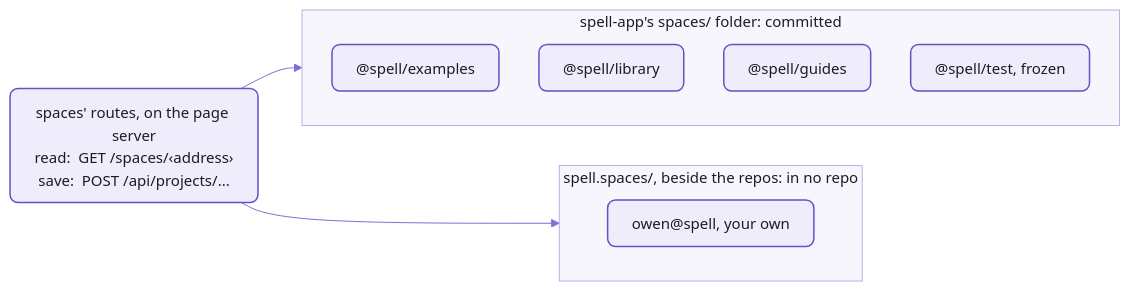
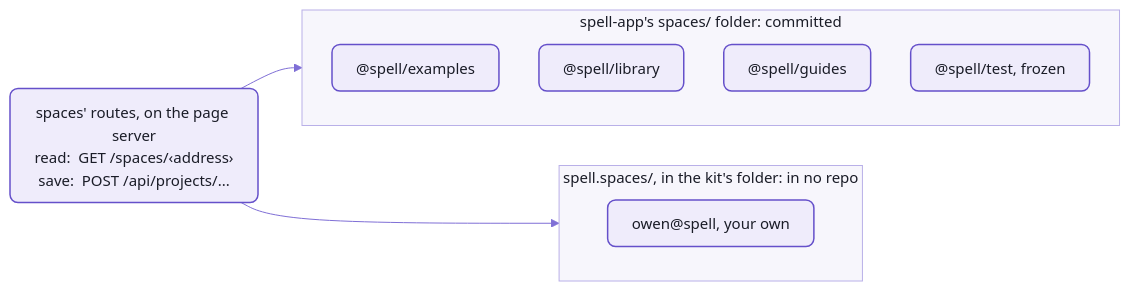
Before and after one commit to spell-app/spell: the first of 2 diagrams in app/README-spaces.md, drawn with Mermaid. The commit also changed other lines of this file and 21 other files, not shown here.

````diff
--- a/app/README-spaces.md
+++ b/app/README-spaces.md
@@ -37,18 +37,18 @@
 ```mermaid
 %%{init: {"theme":"base","themeVariables":{"fontFamily":"-apple-system, BlinkMacSystemFont, Segoe UI, Helvetica, Arial, sans-serif","fontSize":"15px","primaryColor":"#EFECFB","primaryBorderColor":"#6550CA","primaryTextColor":"#1A1C27","secondaryColor":"#F4F1E9","tertiaryColor":"#F7F6FC","lineColor":"#7F6FD6","textColor":"#7F6FD6","clusterBkg":"#F7F6FC","clusterBorder":"#B9B0E8","titleColor":"#1A1C27","edgeLabelBackground":"#F7F6FC","actorBkg":"#EFECFB","actorBorder":"#6550CA","actorTextColor":"#1A1C27","actorLineColor":"#9C90DE","signalColor":"#7F6FD6","signalTextColor":"#7F6FD6","labelBoxBkgColor":"#EFECFB","labelBoxBorderColor":"#6550CA","labelTextColor":"#1A1C27","loopTextColor":"#7F6FD6","noteBkgColor":"#F1E7D4","noteBorderColor":"#C9B48A","noteTextColor":"#1A1C27","activationBkgColor":"#DCD6F7","activationBorderColor":"#6550CA","sequenceNumberColor":"#FFFFFF"},"flowchart":{"curve":"basis","padding":12,"nodeSpacing":40,"rankSpacing":44}}}%%
 flowchart LR
   server["spaces' routes, on the page server<br/>read:  GET /spaces/‹address›<br/>save:  POST /api/projects/..."]
   subgraph app["spell-app's spaces/ folder:  committed"]
     examples["@spell/examples"]
     library["@spell/library"]
     guides["@spell/guides"]
     tests["@spell/test, frozen"]
   end
-  subgraph yours["spell.spaces/, beside the repos:  in no repo"]
+  subgraph yours["spell.spaces/, in the kit's folder:  in no repo"]
     own["owen@spell, your own"]
   end
   server --> app
   server --> yours
   %% the Spell look:  yarn mermaid:pretty
   classDef default fill:#EFECFB,stroke:#6550CA,stroke-width:1.5px,color:#1A1C27,rx:8px,ry:8px
 ```
````
